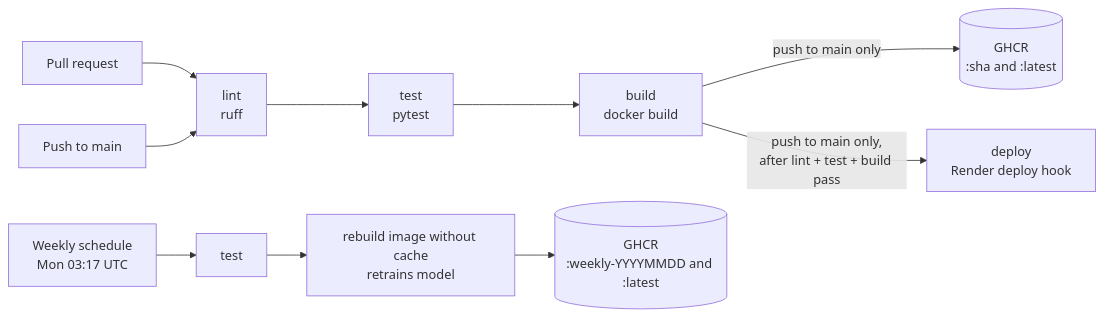
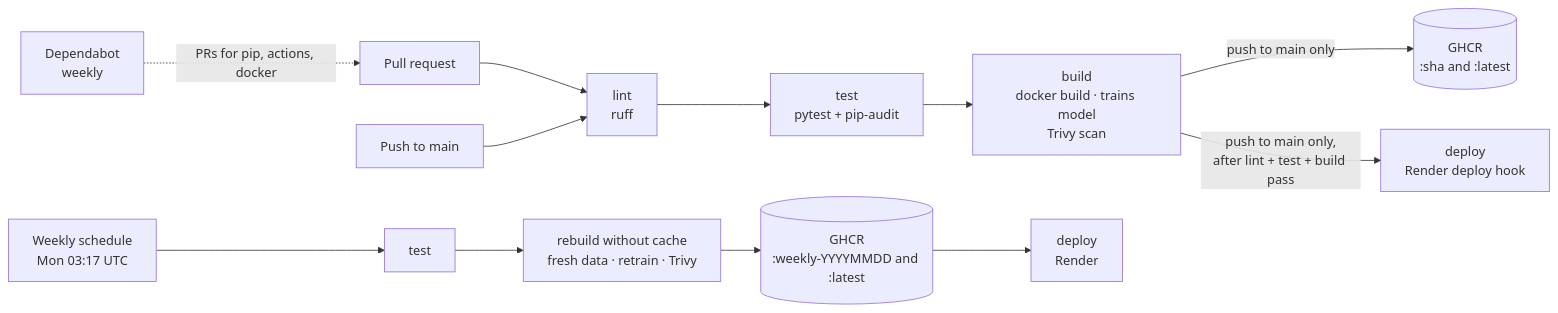
One commit to Ujjwalraj1808/AI-Weather-Forecast-App changed the second of 2 diagrams in README.md. Above: the diagram before and after it, drawn with Mermaid. The commit also changed other lines of this file, not shown here.

Commit message:
Update README for caching, model training and CI security

````diff
--- a/README.md
+++ b/README.md
@@ -88,9 +91,10 @@
 ```mermaid
 flowchart LR
     PR[Pull request] --> L
     PM[Push to main] --> L
-    L[lint<br/>ruff] --> T[test<br/>pytest] --> B[build<br/>docker build]
+    L[lint<br/>ruff] --> T[test<br/>pytest + pip-audit] --> B[build<br/>docker build · trains model<br/>Trivy scan]
     B -->|push to main only| G[(GHCR<br/>:sha and :latest)]
     B -->|push to main only,<br/>after lint + test + build pass| R[deploy<br/>Render deploy hook]
-    S[Weekly schedule<br/>Mon 03:17 UTC] --> T2[test] --> RB[rebuild image without cache<br/>retrains model] --> G2[(GHCR<br/>:weekly-YYYYMMDD and :latest)]
+    S[Weekly schedule<br/>Mon 03:17 UTC] --> T2[test] --> RB[rebuild without cache<br/>fresh data · retrain · Trivy] --> G2[(GHCR<br/>:weekly-YYYYMMDD and :latest)] --> R2[deploy<br/>Render]
+    DB[Dependabot<br/>weekly] -.->|PRs for pip, actions, docker| PR
 ```
````
